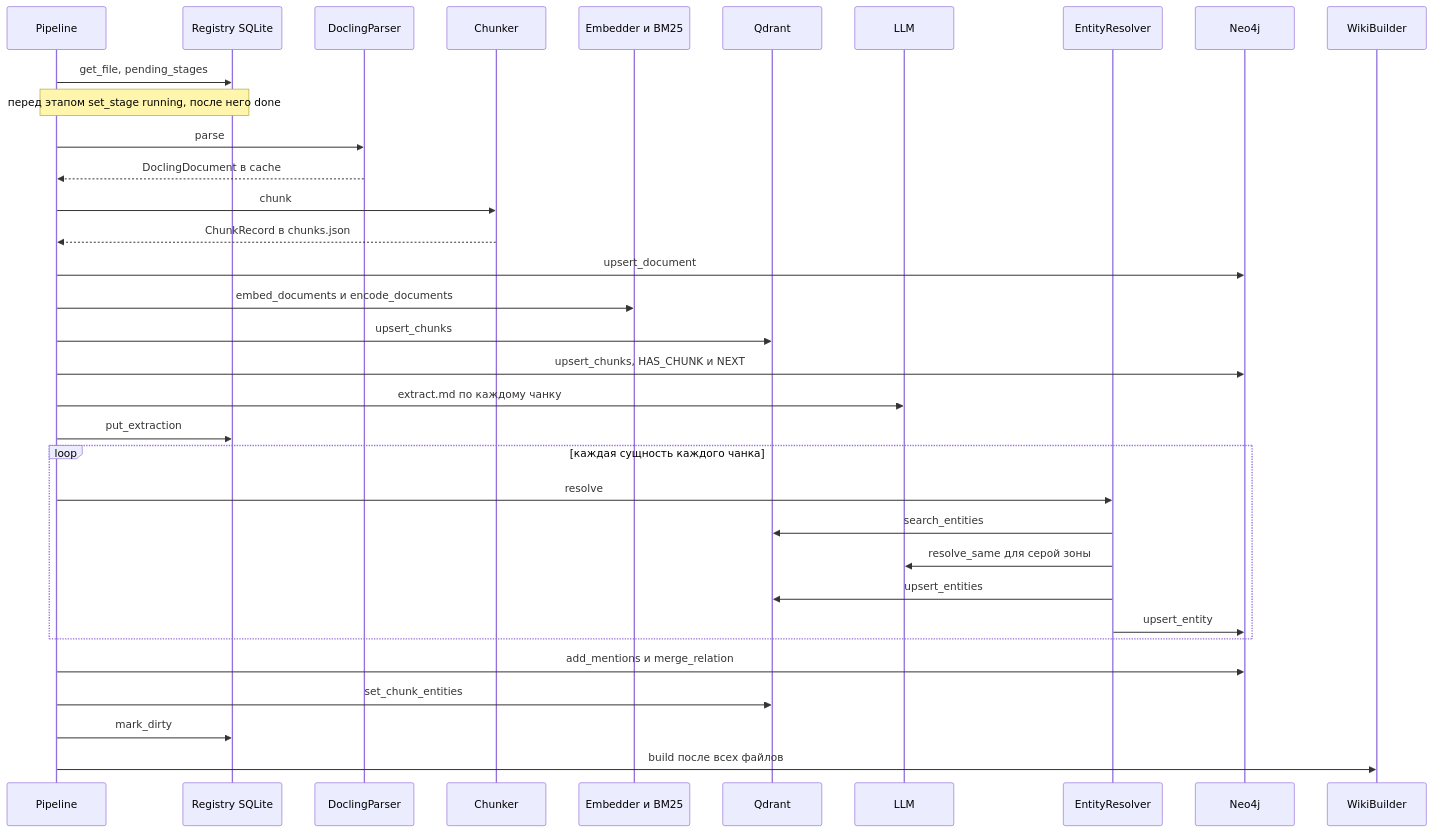
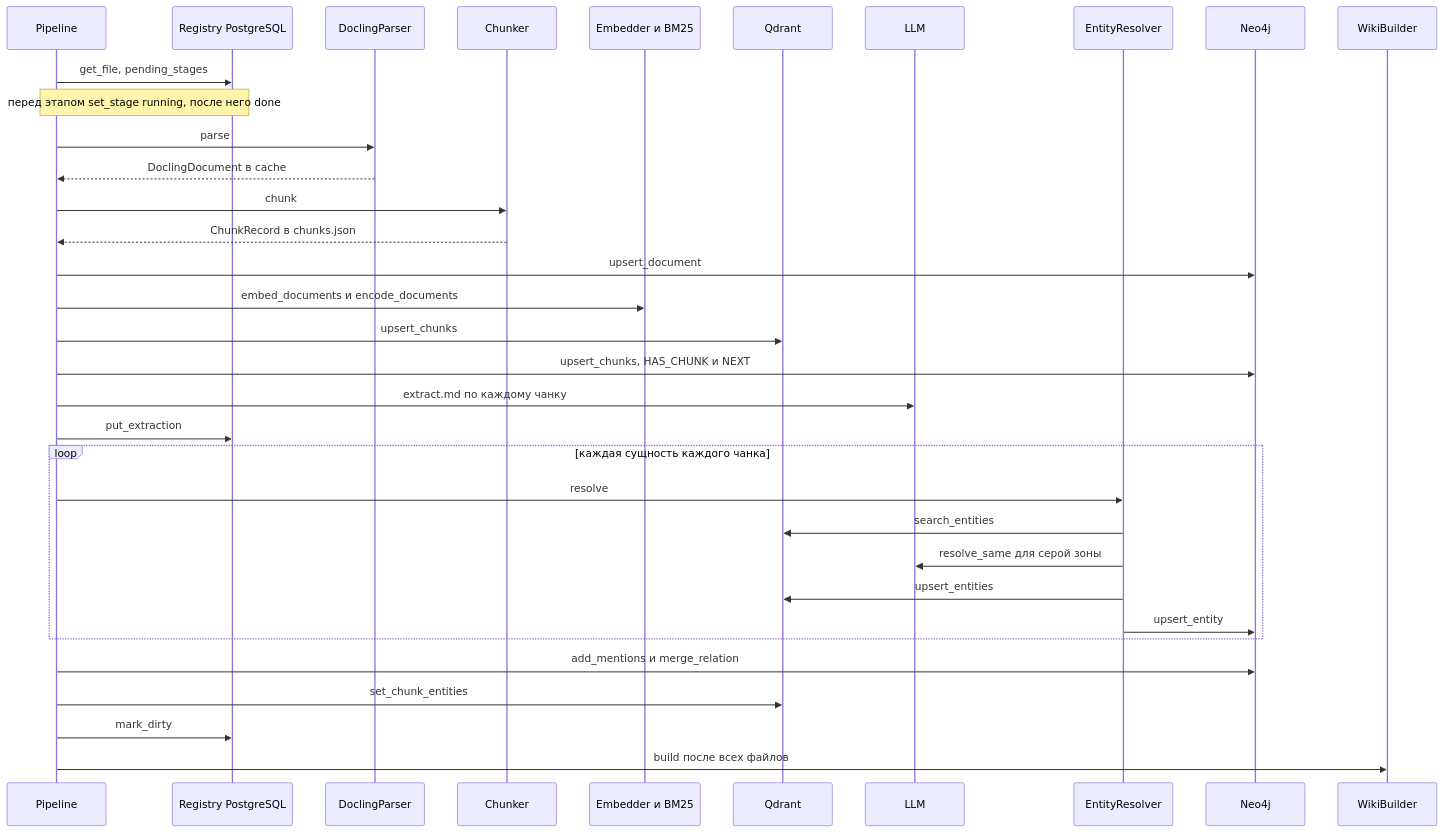
The fourth of 13 diagrams in README.md (000p1umDiesel/Atlas), drawn with Mermaid before and after one commit. The commit also changed other lines of this file and 30 other files, not shown here.

Commit message:
PostgreSQL

````diff
--- a/README.md
+++ b/README.md
@@ -664,37 +664,37 @@
 ```mermaid
 sequenceDiagram
     participant PL as Pipeline
-    participant REG as Registry SQLite
+    participant REG as Registry PostgreSQL
     participant DL as DoclingParser
     participant CH as Chunker
     participant EMB as Embedder и BM25
     participant QD as Qdrant
     participant LLM as LLM
     participant RES as EntityResolver
     participant NEO as Neo4j
     participant WK as WikiBuilder
 
     PL->>REG: get_file, pending_stages
     Note over PL,REG: перед этапом set_stage running, после него done
     PL->>DL: parse
     DL-->>PL: DoclingDocument в cache
     PL->>CH: chunk
     CH-->>PL: ChunkRecord в chunks.json
     PL->>NEO: upsert_document
     PL->>EMB: embed_documents и encode_documents
     PL->>QD: upsert_chunks
     PL->>NEO: upsert_chunks, HAS_CHUNK и NEXT
     PL->>LLM: extract.md по каждому чанку
     PL->>REG: put_extraction
     loop каждая сущность каждого чанка
         PL->>RES: resolve
         RES->>QD: search_entities
         RES->>LLM: resolve_same для серой зоны
         RES->>QD: upsert_entities
         RES->>NEO: upsert_entity
     end
     PL->>NEO: add_mentions и merge_relation
     PL->>QD: set_chunk_entities
     PL->>REG: mark_dirty
     PL->>WK: build после всех файлов
 ```
````
